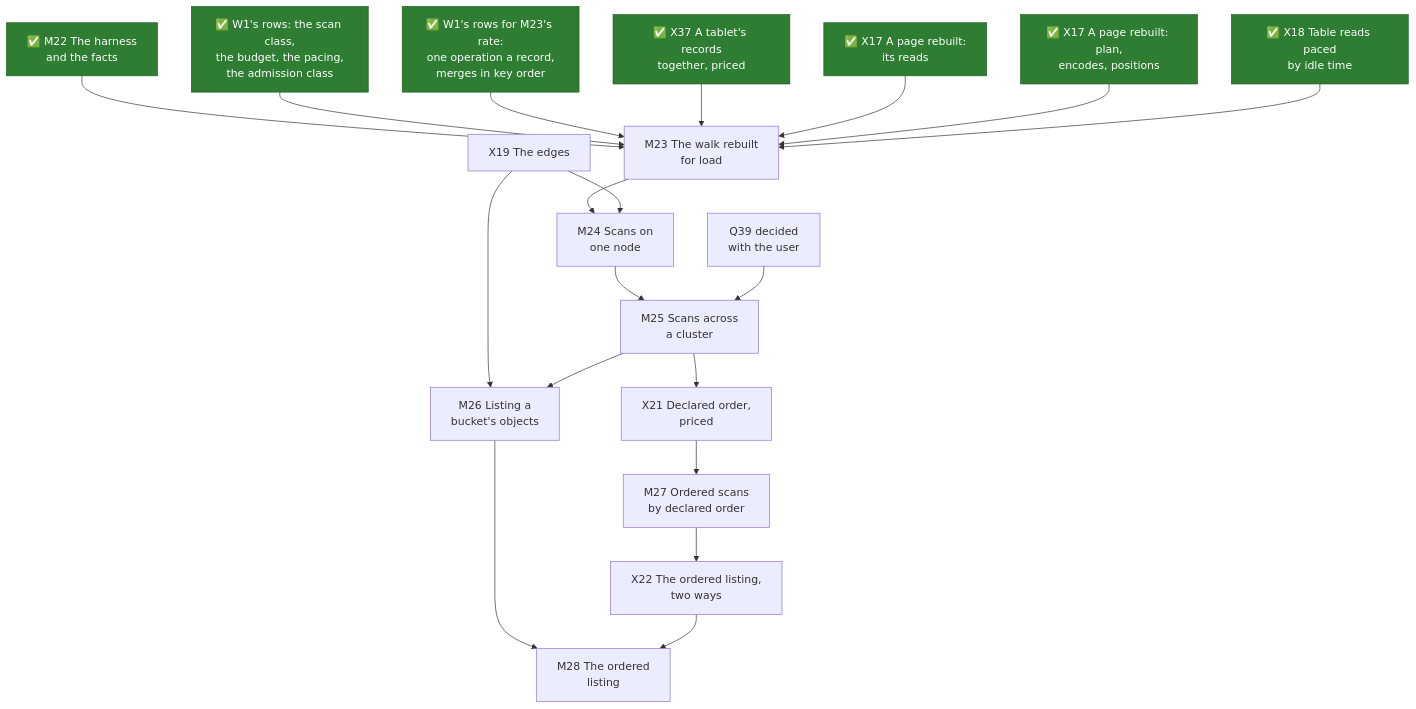
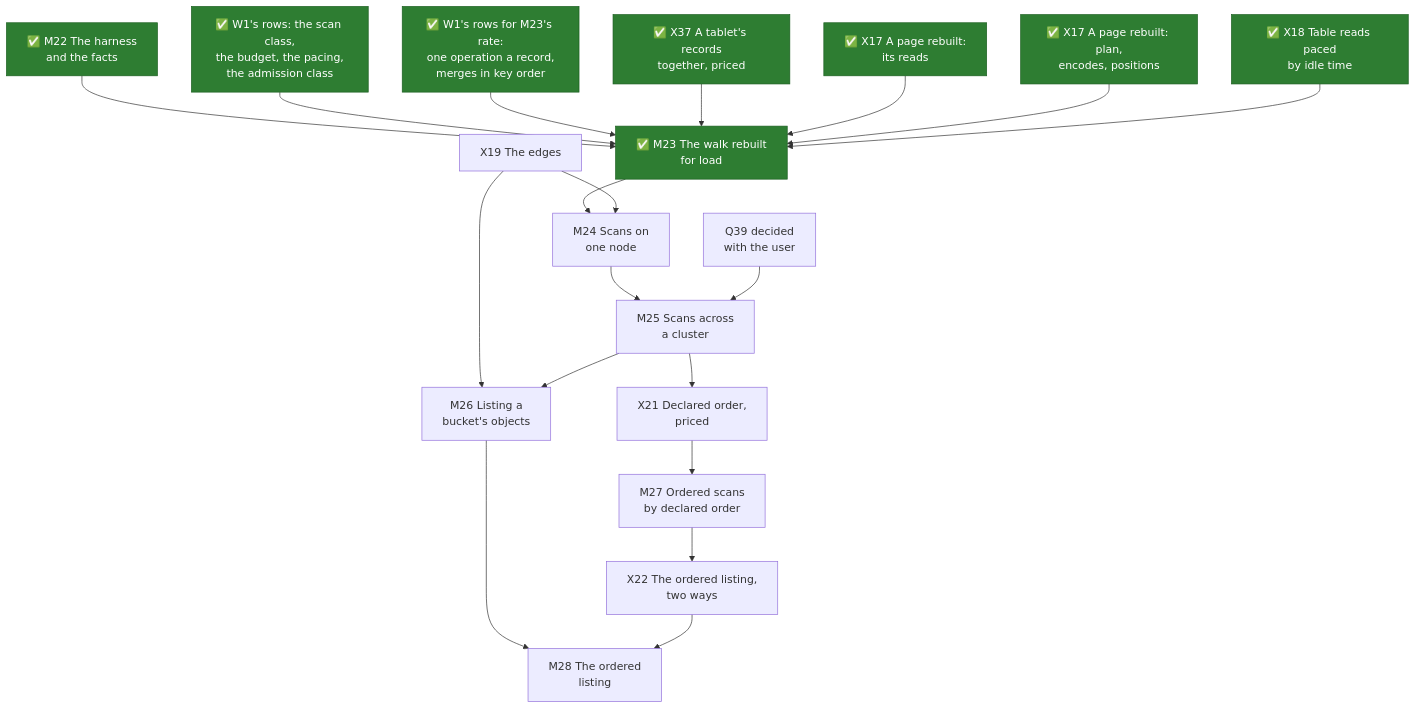
One commit to mjcarson/shoal changed the second of 5 diagrams in docs/src/future-work/scans/whats-left-todo.md. Above: the diagram before and after it, drawn with Mermaid. The commit also changed other lines of this file and 14 other files, not shown here.

````diff
--- a/docs/src/future-work/scans/whats-left-todo.md
+++ b/docs/src/future-work/scans/whats-left-todo.md
@@ -112,35 +117,35 @@
 ```mermaid
 flowchart TB
     classDef done fill:#2e7d32,stroke:#1b5e20,color:#ffffff
     M22["✅ M22 The harness<br>and the facts"]:::done
     Rows["✅ W1's rows: the scan class,<br>the budget, the pacing,<br>the admission class"]:::done
     Rows42["✅ W1's rows for M23's rate:<br>one operation a record,<br>merges in key order"]:::done
     X37["✅ X37 A tablet's records<br>together, priced"]:::done
     X17["✅ X17 A page rebuilt:<br>its reads"]:::done
     X17b["✅ X17 A page rebuilt: plan,<br>encodes, positions"]:::done
     X18["✅ X18 Table reads paced<br>by idle time"]:::done
     X19["X19 The edges"]
     Q39["Q39 decided<br>with the user"]
     X21["X21 Declared order,<br>priced"]
     X22["X22 The ordered listing,<br>two ways"]
-    M23["M23 The walk rebuilt<br>for load"]
+    M23["✅ M23 The walk rebuilt<br>for load"]:::done
     M24["M24 Scans on<br>one node"]
     M25["M25 Scans across<br>a cluster"]
     M26["M26 Listing a<br>bucket's objects"]
     M27["M27 Ordered scans<br>by declared order"]
     M28["M28 The ordered<br>listing"]
     M22 --> M23 --> M24 --> M25
     Rows --> M23
     Rows42 --> M23
     X37 --> M23
     X17 --> M23
     X17b --> M23
     X18 --> M23
     X19 --> M24
     X19 --> M26
     Q39 --> M25
     M25 --> M26
     M25 --> X21 --> M27
     M26 --> M28
     M27 --> X22 --> M28
 ```
````
